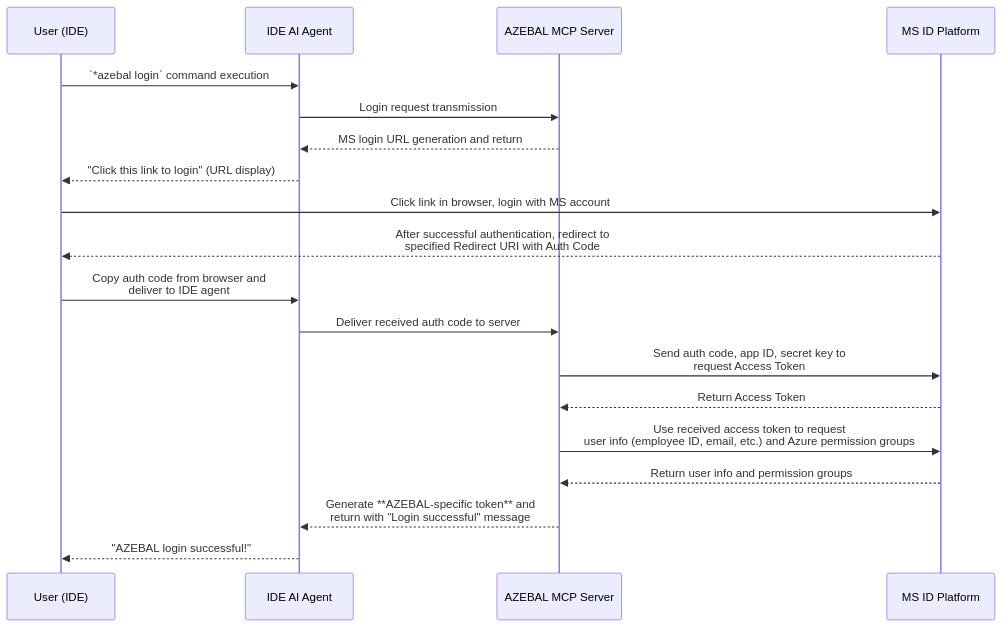
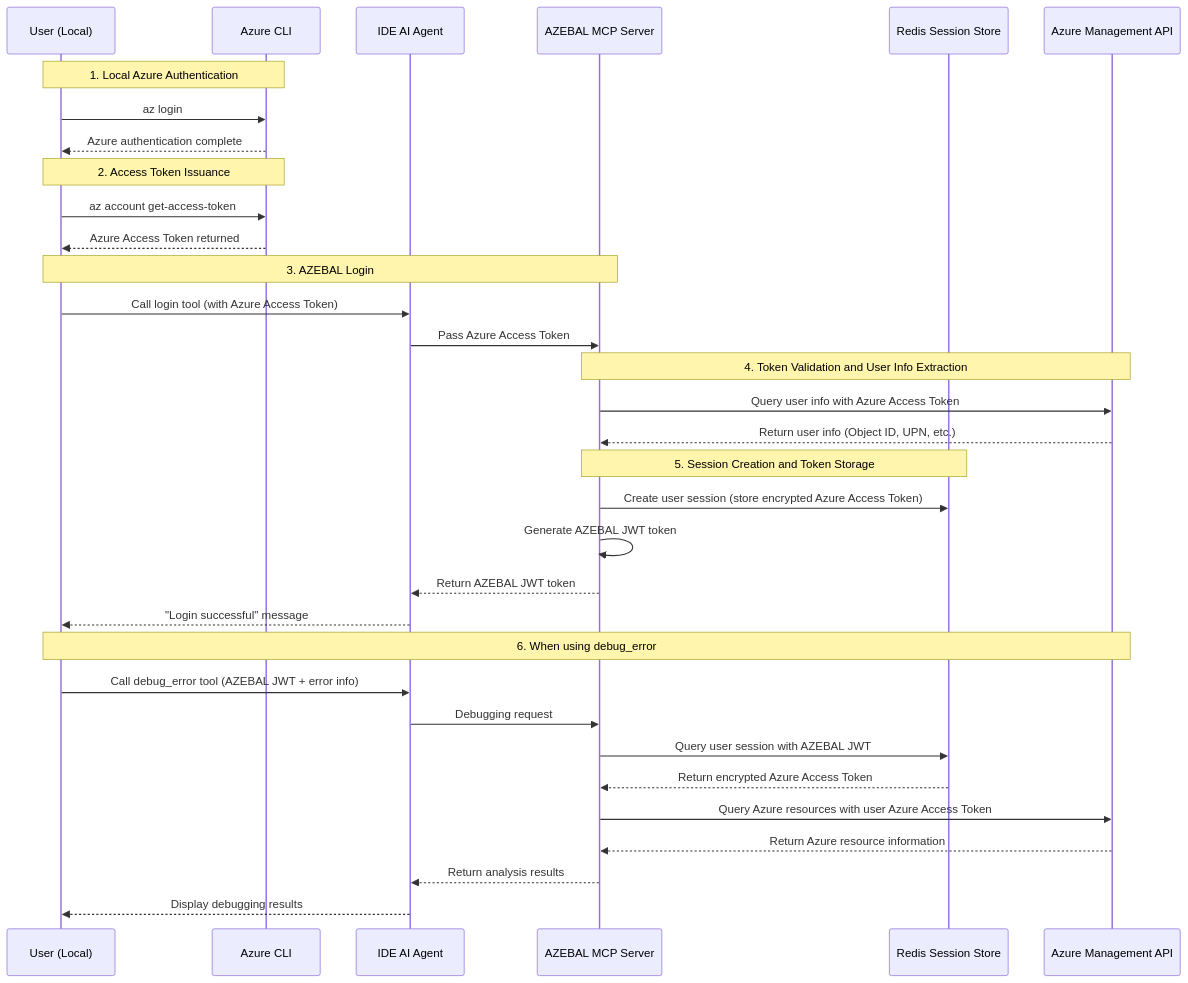
Before and after one commit to HyunjunGil/CTC4-AZEBAL: the diagram in docs/prd.md, drawn with Mermaid. The commit also changed other lines of this file and 5 other files, not shown here.

````diff
--- a/docs/prd.md
+++ b/docs/prd.md
@@ -97,22 +110,41 @@
 ```mermaid
 sequenceDiagram
-    participant User as User (IDE)
+    participant User as User (Local)
+    participant CLI as Azure CLI
     participant Agent as IDE AI Agent
-    participant AzeBAL as AZEBAL MCP Server
-    participant Microsoft as MS ID Platform
+    participant AZEBAL as AZEBAL MCP Server
+    participant Redis as Redis Session Store
+    participant Azure as Azure Management API
 
-    User->>Agent: `*azebal login` command execution
-    Agent->>AzeBAL: Login request transmission
-    AzeBAL-->>Agent: MS login URL generation and return
-    Agent-->>User: "Click this link to login" (URL display)
-    User->>Microsoft: Click link in browser, login with MS account
-    Microsoft-->>User: After successful authentication, redirect to<br>specified Redirect URI with Auth Code
-    User->>Agent: Copy auth code from browser and<br>deliver to IDE agent
-    Agent->>AzeBAL: Deliver received auth code to server
-    AzeBAL->>Microsoft: Send auth code, app ID, secret key to<br>request Access Token
-    Microsoft-->>AzeBAL: Return Access Token
-    AzeBAL->>Microsoft: Use received access token to request<br>user info (employee ID, email, etc.) and Azure permission groups
-    Microsoft-->>AzeBAL: Return user info and permission groups
-    AzeBAL-->>Agent: Generate **AZEBAL-specific token** and<br>return with "Login successful" message
-    Agent-->>User: "AZEBAL login successful!"
+    Note over User, CLI: 1. Local Azure Authentication
+    User->>CLI: az login
+    CLI-->>User: Azure authentication complete
+
+    Note over User, CLI: 2. Access Token Issuance
+    User->>CLI: az account get-access-token
+    CLI-->>User: Azure Access Token returned
+
+    Note over User, AZEBAL: 3. AZEBAL Login
+    User->>Agent: Call login tool (with Azure Access Token)
+    Agent->>AZEBAL: Pass Azure Access Token
+
+    Note over AZEBAL, Azure: 4. Token Validation and User Info Extraction
+    AZEBAL->>Azure: Query user info with Azure Access Token
+    Azure-->>AZEBAL: Return user info (Object ID, UPN, etc.)
+
+    Note over AZEBAL, Redis: 5. Session Creation and Token Storage
+    AZEBAL->>Redis: Create user session (store encrypted Azure Access Token)
+    AZEBAL->>AZEBAL: Generate AZEBAL JWT token
+    AZEBAL-->>Agent: Return AZEBAL JWT token
+    Agent-->>User: "Login successful" message
+
+    Note over User, Azure: 6. When using debug_error
+    User->>Agent: Call debug_error tool (AZEBAL JWT + error info)
+    Agent->>AZEBAL: Debugging request
+    AZEBAL->>Redis: Query user session with AZEBAL JWT
+    Redis-->>AZEBAL: Return encrypted Azure Access Token
+    AZEBAL->>Azure: Query Azure resources with user Azure Access Token
+    Azure-->>AZEBAL: Return Azure resource information
+    AZEBAL-->>Agent: Return analysis results
+    Agent-->>User: Display debugging results
 ```
````
